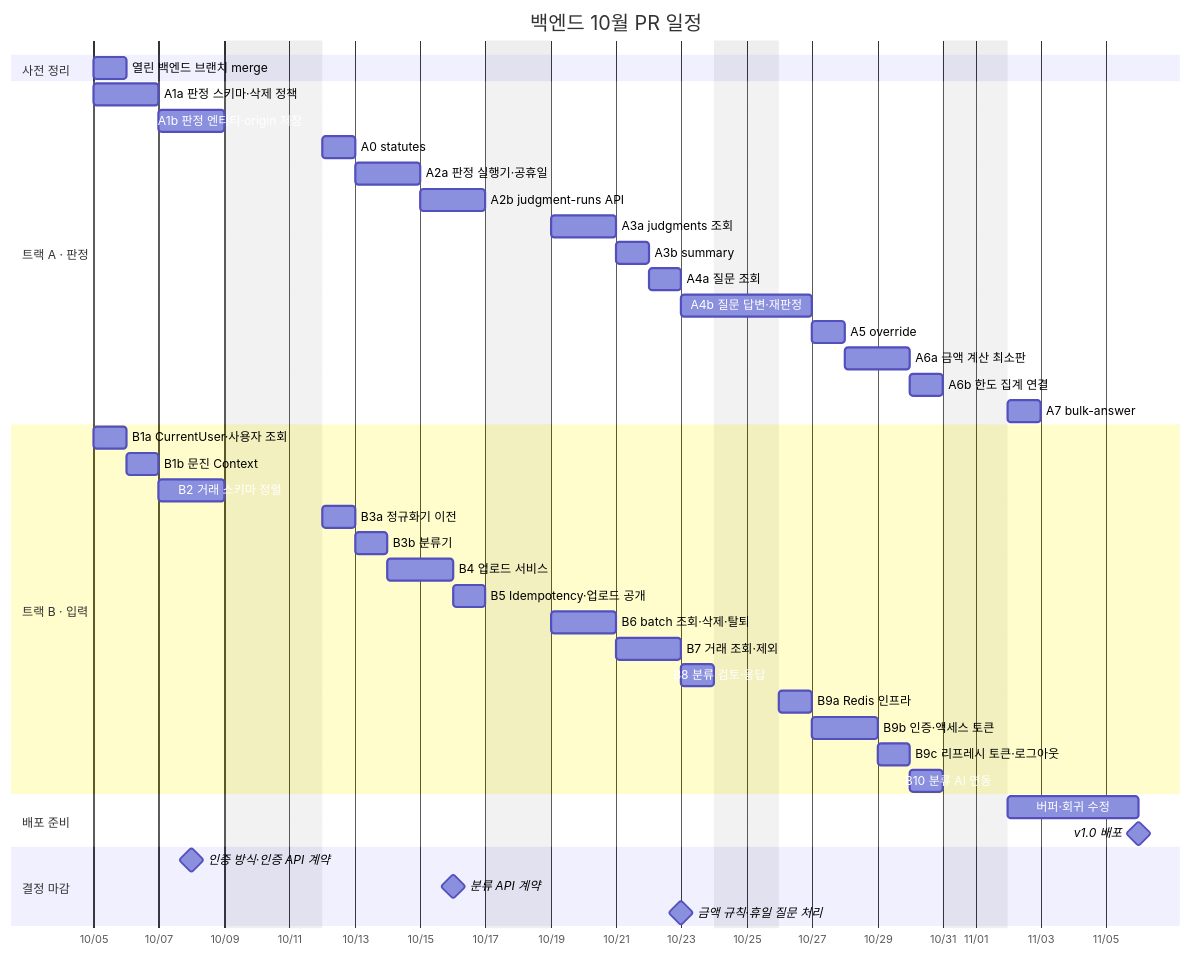
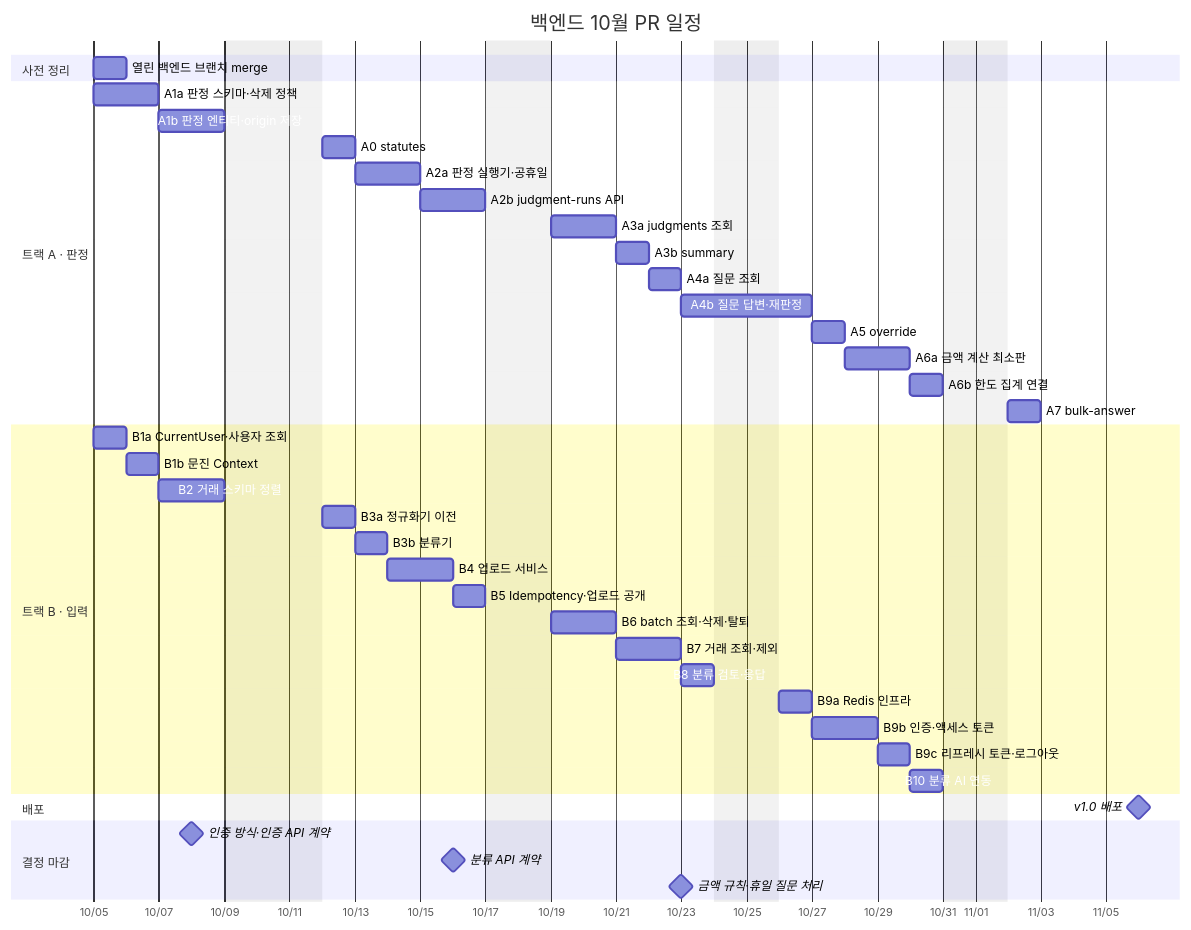
Before and after one commit to RainDrop3/ktc4-pusan-4: the first of 4 diagrams in docs/backend_api_plan.md, drawn with Mermaid. The commit also changed other lines of this file, not shown here.

````diff
--- a/docs/backend_api_plan.md
+++ b/docs/backend_api_plan.md
@@ -21,50 +22,49 @@
 ```mermaid
 gantt
     title 백엔드 10월 PR 일정
     dateFormat YYYY-MM-DD
     axisFormat %m/%d
     excludes weekends, 2026-10-09
 
     section 사전 정리
     열린 백엔드 브랜치 merge     :pre, 2026-10-05, 1d
 
     section 트랙 A · 판정
     A1a 판정 스키마·삭제 정책    :a1a, 2026-10-05, 2d
     A1b 판정 엔티티·origin 저장  :a1b, after a1a, 2d
     A0 statutes                  :a0, 2026-10-12, 1d
     A2a 판정 실행기·공휴일       :a2a, after a0, 2d
     A2b judgment-runs API        :a2b, after a2a, 2d
     A3a judgments 조회           :a3a, 2026-10-19, 2d
     A3b summary                  :a3b, after a3a, 1d
     A4a 질문 조회                :a4a, after a3b, 1d
     A4b 질문 답변·재판정         :a4b, after a4a, 2d
     A5 override                  :a5, after a4b, 1d
     A6a 금액 계산 최소판         :a6a, after a5, 2d
     A6b 한도 집계 연결           :a6b, after a6a, 1d
     A7 bulk-answer               :a7, after a6b, 1d
 
     section 트랙 B · 입력
     B1a CurrentUser·사용자 조회  :b1a, 2026-10-05, 1d
     B1b 문진 Context             :b1b, after b1a, 1d
     B2 거래 스키마 정렬          :b2, after b1b, 2d
     B3a 정규화기 이전            :b3a, 2026-10-12, 1d
     B3b 분류기                   :b3b, after b3a, 1d
     B4 업로드 서비스             :b4, after b3b, 2d
     B5 Idempotency·업로드 공개   :b5, after b4, 1d
     B6 batch 조회·삭제·탈퇴      :b6, 2026-10-19, 2d
     B7 거래 조회·제외            :b7, after b6, 2d
     B8 분류 검토·응답            :b8, after b7, 1d
     B9a Redis 인프라             :b9a, 2026-10-26, 1d
     B9b 인증·액세스 토큰         :b9b, after b9a, 2d
     B9c 리프레시 토큰·로그아웃   :b9c, after b9b, 1d
     B10 분류 AI 연동             :b10, after b9c, 1d
 
-    section 배포 준비
-    버퍼·회귀 수정               :buf, 2026-11-02, 4d
+    section 배포
     v1.0 배포                    :milestone, rel, 2026-11-06, 0d
 
     section 결정 마감
     인증 방식·인증 API 계약      :milestone, d1, 2026-10-08, 0d
     분류 API 계약                :milestone, d3, 2026-10-16, 0d
     금액 규칙·휴일 질문 처리     :milestone, d2, 2026-10-23, 0d
 ```
````
